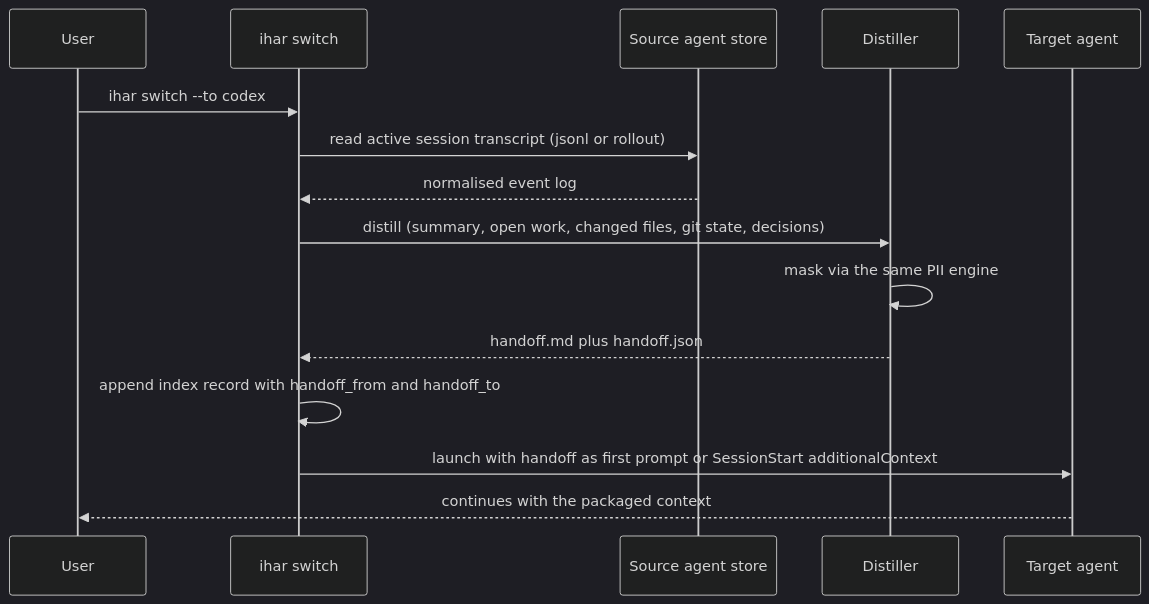
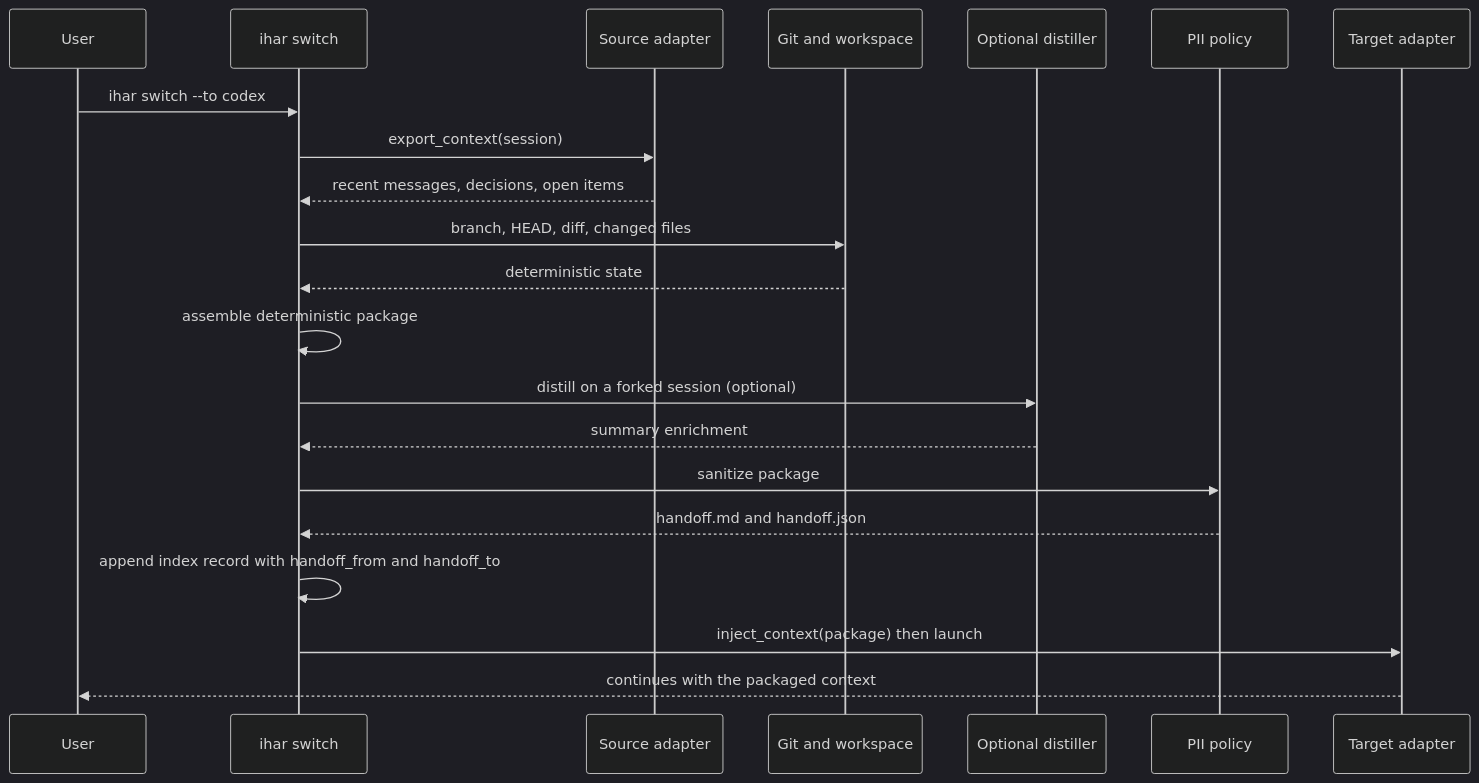
One commit to ikeniborn/ihar changed the second of 2 diagrams in docs/hld/unified-harness.md. Above: the diagram before and after it, drawn with Mermaid. The commit also changed other lines of this file, not shown here.

First line of the commit message:
docs(hld): split control and execution planes, add PII policy and profiles

````diff
--- a/docs/hld/unified-harness.md
+++ b/docs/hld/unified-harness.md
@@ -183,19 +214,25 @@
 ```mermaid
 %%{init: {'theme': 'dark'}}%%
 sequenceDiagram
     participant U as User
     participant H as ihar switch
-    participant S as Source agent store
-    participant D as Distiller
-    participant T as Target agent
+    participant A as Source adapter
+    participant G as Git and workspace
+    participant D as Optional distiller
+    participant P as PII policy
+    participant T as Target adapter
 
     U->>H: ihar switch --to codex
-    H->>S: read active session transcript (jsonl or rollout)
-    S-->>H: normalised event log
-    H->>D: distill (summary, open work, changed files, git state, decisions)
-    D->>D: mask via the same PII engine
-    D-->>H: handoff.md plus handoff.json
+    H->>A: export_context(session)
+    A-->>H: recent messages, decisions, open items
+    H->>G: branch, HEAD, diff, changed files
+    G-->>H: deterministic state
+    H->>H: assemble deterministic package
+    H->>D: distill on a forked session (optional)
+    D-->>H: summary enrichment
+    H->>P: sanitize package
+    P-->>H: handoff.md and handoff.json
     H->>H: append index record with handoff_from and handoff_to
-    H->>T: launch with handoff as first prompt or SessionStart additionalContext
+    H->>T: inject_context(package) then launch
     T-->>U: continues with the packaged context
 ```
````
